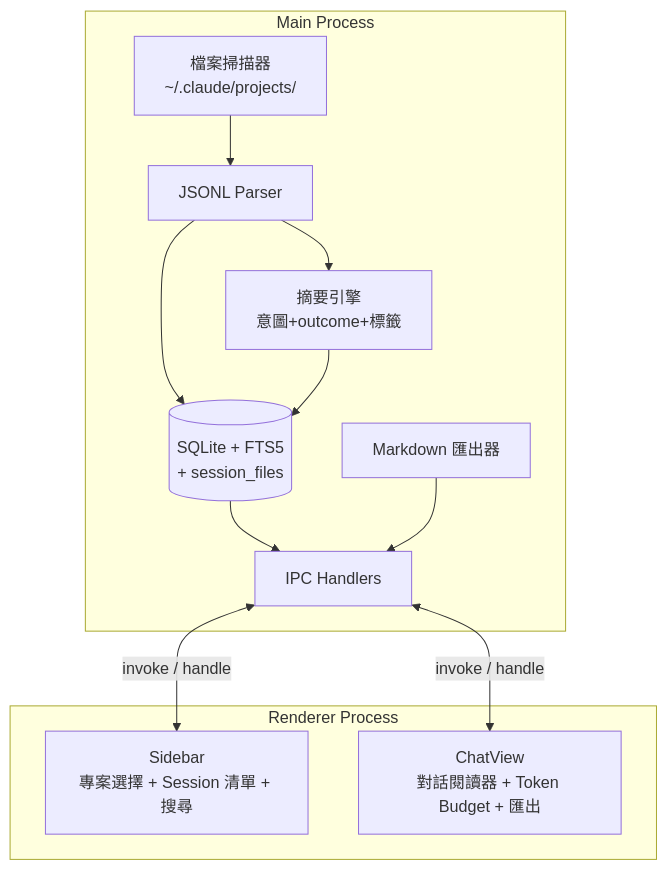
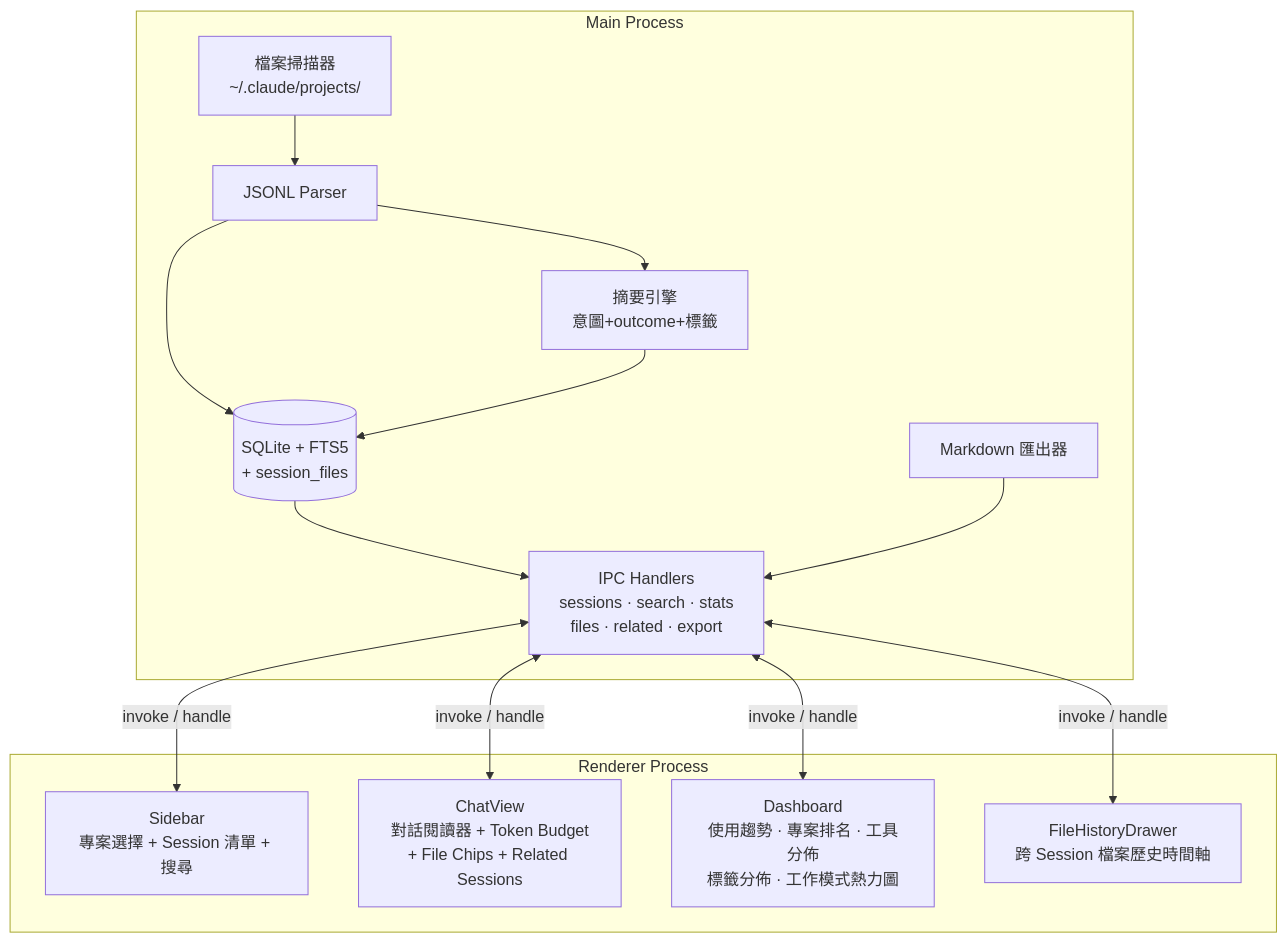
One commit to tznthou/ccRewind changed the diagram in README.md. Above: the diagram before and after it, drawn with Mermaid. The commit also changed other lines of this file, not shown here.

Commit message:
docs: update README for v1.4.0 — architecture diagram, dashboard/archaeology docs, test count

````diff
--- a/README.md
+++ b/README.md
@@ -118,19 +139,23 @@
 ```mermaid
 graph TB
     subgraph Main Process
         FS[檔案掃描器<br>~/.claude/projects/] --> JP[JSONL Parser]
         JP --> SM[摘要引擎<br>意圖+outcome+標籤]
         JP --> DB[(SQLite + FTS5<br>+ session_files)]
         SM --> DB
-        DB --> IPC[IPC Handlers]
+        DB --> IPC[IPC Handlers<br>sessions · search · stats<br>files · related · export]
         EX[Markdown 匯出器] --> IPC
     end
 
     subgraph Renderer Process
         SB[Sidebar<br>專案選擇 + Session 清單 + 搜尋]
-        CV[ChatView<br>對話閱讀器 + Token Budget + 匯出]
+        CV[ChatView<br>對話閱讀器 + Token Budget<br>+ File Chips + Related Sessions]
+        DB_UI[Dashboard<br>使用趨勢 · 專案排名 · 工具分佈<br>標籤分佈 · 工作模式熱力圖]
+        FH[FileHistoryDrawer<br>跨 Session 檔案歷史時間軸]
     end
 
     IPC <-->|invoke / handle| SB
     IPC <-->|invoke / handle| CV
+    IPC <-->|invoke / handle| DB_UI
+    IPC <-->|invoke / handle| FH
 ```
````
